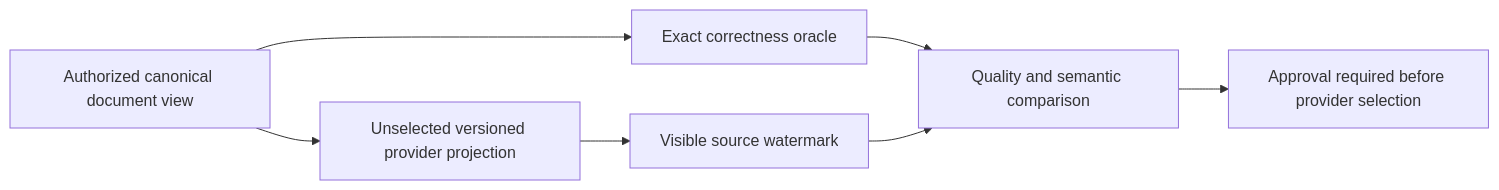
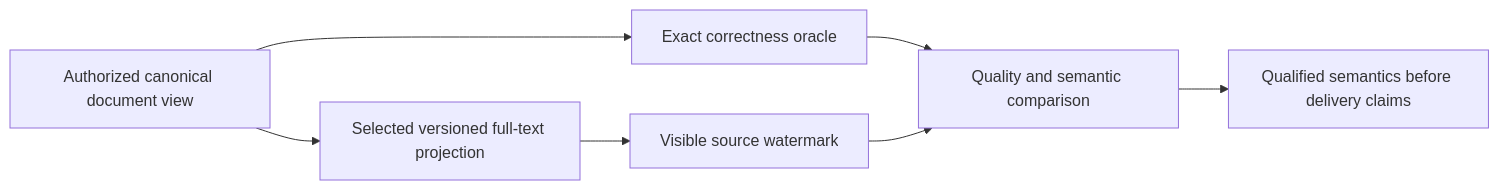
The diagram in docs/ADR/ADR-009-search-provider-boundaries.md (managedcode/KeyLoad), drawn with Mermaid before and after one commit. The commit also changed other lines of this file and 336 other files, not shown here.

````diff
--- a/docs/ADR/ADR-009-search-provider-boundaries.md
+++ b/docs/ADR/ADR-009-search-provider-boundaries.md
@@ -42,9 +42,9 @@
 ```mermaid
 flowchart LR
     Canonical[Authorized canonical document view] --> Exact[Exact correctness oracle]
-    Canonical --> Provider[Unselected versioned provider projection]
+    Canonical --> Provider[Selected versioned full-text projection]
     Provider --> Freshness[Visible source watermark]
     Exact --> Compare[Quality and semantic comparison]
     Freshness --> Compare
-    Compare --> Gate[Approval required before provider selection]
+    Compare --> Gate[Qualified semantics before delivery claims]
 ```
````
